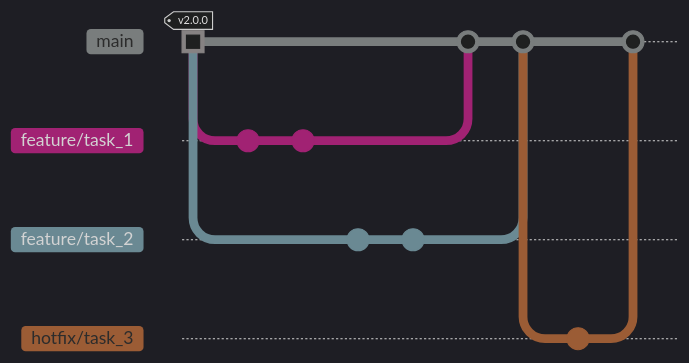
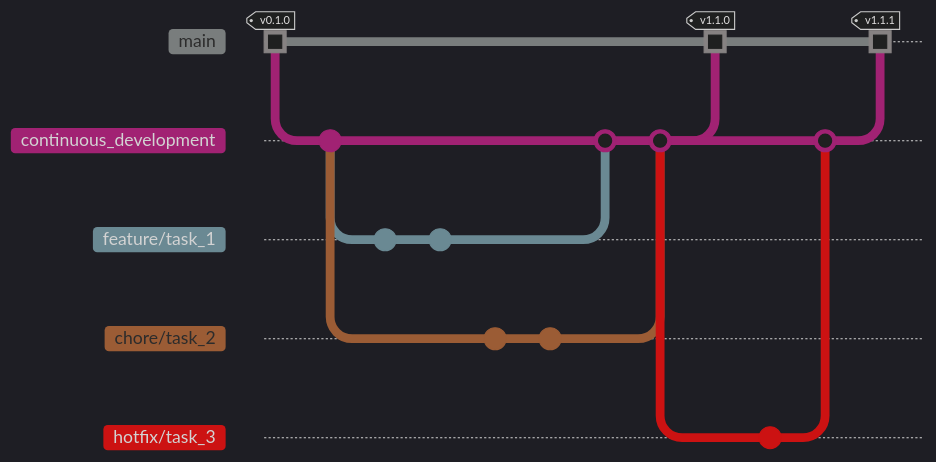
Before and after one commit to mdiedric1/PG---NEnA: the diagram in README.md, drawn with Mermaid. Commit ids are hidden.

Commit message:
update branching scheme

````diff
--- a/README.md
+++ b/README.md
@@ -10,23 +10,31 @@
 ```mermaid
 %%{init: { 'logLevel': 'debug', 'theme': 'dark', 'themeVariables': {
               'commitLabelColor': '#ffffff'} } }%%
 gitGraph
-    commit id: "Initial Commit" type: HIGHLIGHT tag: "v2.0.0"
+    commit id: "Initial Commit" type: HIGHLIGHT tag: "v0.1.0"
+    branch continuous_development
+    checkout continuous_development
+    commit
     branch feature/task_1
     commit
     commit
-    checkout main
-    branch feature/task_2
-    checkout feature/task_2
+    checkout continuous_development
+    branch chore/task_2
+    checkout chore/task_2
     commit
     commit
+    checkout continuous_development
+    merge feature/task_1 id: "v1.0.0"
+    merge chore/task_2 id: "v1.1.0"
     checkout main
-    merge feature/task_1 id: "v2.1.0"
-    merge feature/task_2 id: "v3.0.0"
+    merge continuous_development type: HIGHLIGHT tag: "v1.1.0"
+    checkout continuous_development
     branch hotfix/task_3
     checkout hotfix/task_3
     commit
+    checkout continuous_development
+    merge hotfix/task_3 id: "v1.1.1"
     checkout main
-    merge hotfix/task_3 id: "v3.0.1"
-    checkout feature/task_1
+    merge continuous_development type: HIGHLIGHT tag: "v1.1.1"
+
 ```
````
